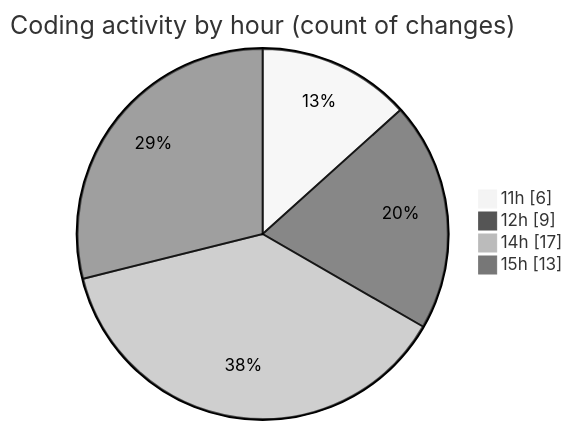
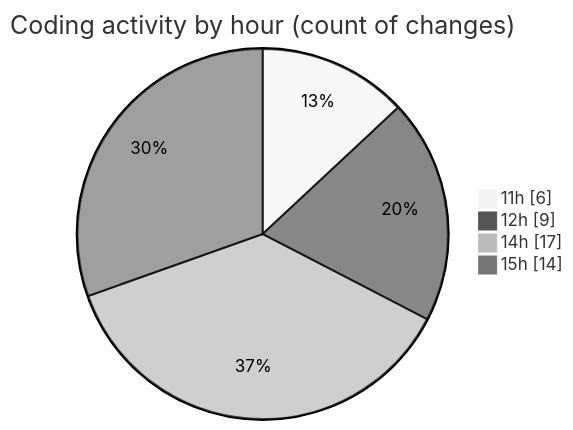
One commit to debugP/code-tracking changed the second of 2 diagrams in 2025-10-17/untitled__workspace_/README.md. Above: the diagram before and after it, drawn with Mermaid (neutral theme). The commit also changed other lines of this file and 1 other file, not shown here.

````diff
--- a/2025-10-17/untitled__workspace_/README.md
+++ b/2025-10-17/untitled__workspace_/README.md
@@ -34,8 +35,8 @@
 ```mermaid
 pie showData
 title Coding activity by hour (count of changes)
 "11h" : 6
 "12h" : 9
 "14h" : 17
-"15h" : 13
+"15h" : 14
 ```
````
